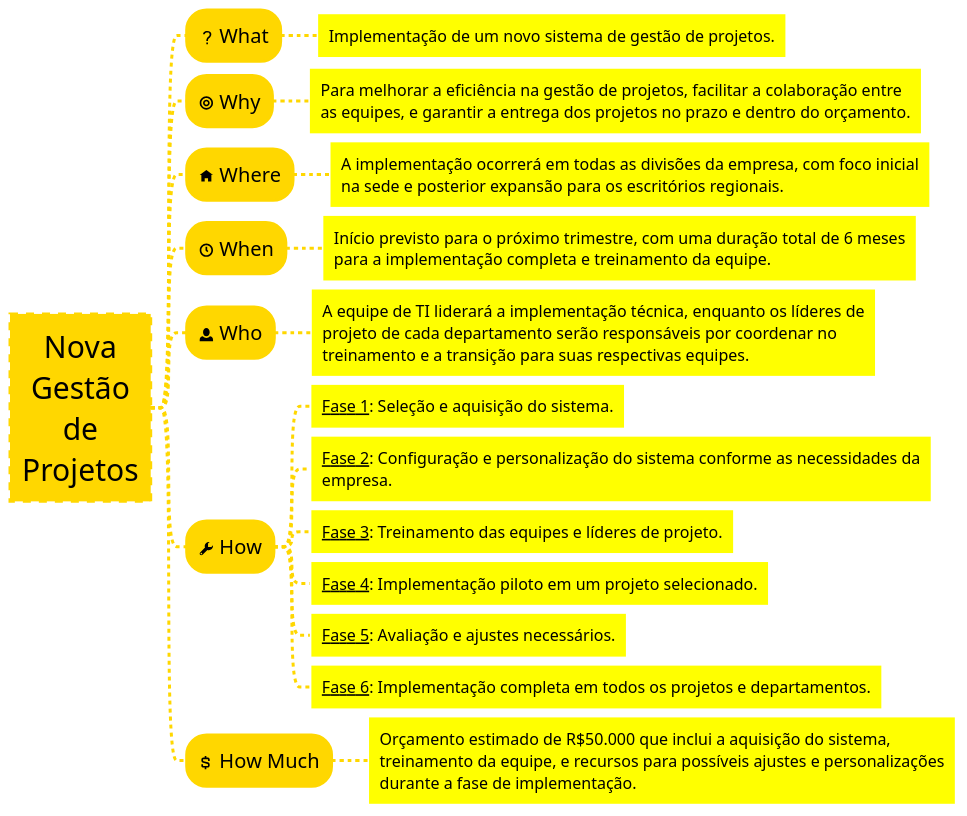
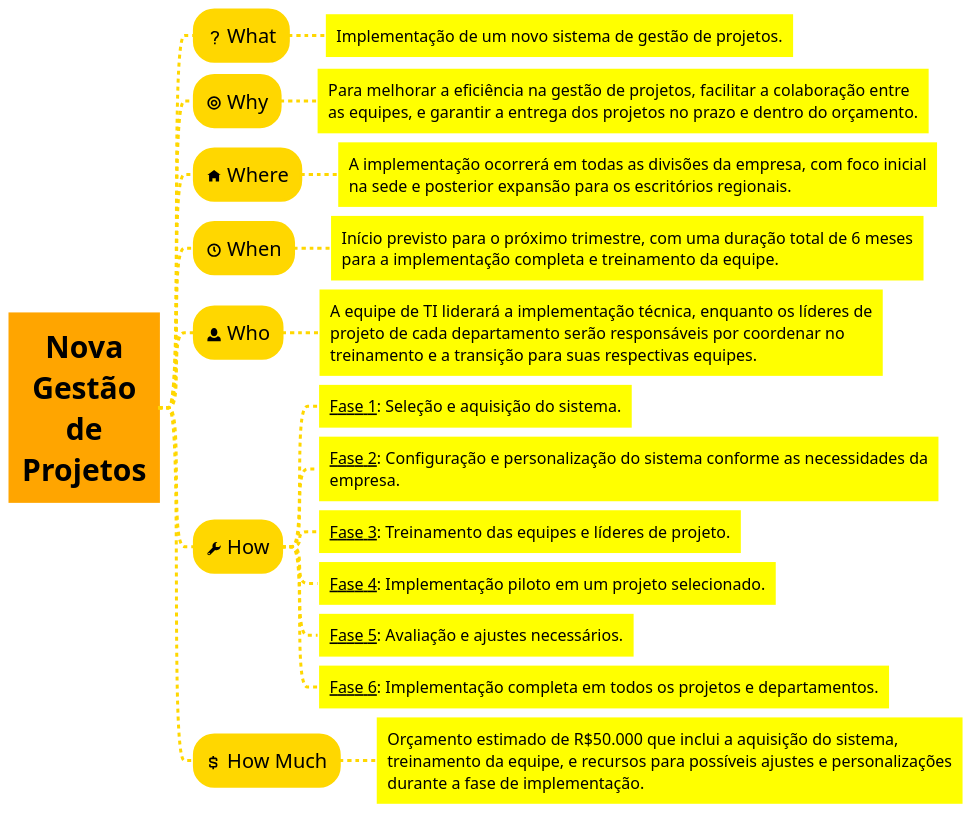
One commit to GiovaniPM/MyCourses changed the fifth of 7 diagrams in Kanban/Cards.md. Above: the diagram before and after it, drawn with PlantUML. The commit also changed 1 other file, not shown here.

Commit message:
giova(LAPTOP-K5TUGPF) 241108184044

````diff
--- a/Kanban/Cards.md
+++ b/Kanban/Cards.md
@@ -302,63 +302,61 @@
 ```plantuml
 @startmindmap
 <style>
 node {
     BackgroundColor gold
     HorizontalAlignment center
     LineColor gold
     LineThickness 3.0
     Margin 3
     MaximumWidth 600
     Padding 12
     RoundCorner 40
     fontsize 20
 }
 
 rootNode {
-    BackgroundColor gold
-    LineColor gold
-    LineStyle 8.0;3.0
-    LineThickness 1.0
+    BackgroundColor orange
+    LineColor orange
     RoundCorner 0
     Shadowing 0.0
     fontsize 30
 }
 
 leafNode {
     BackgroundColor yellow
     LineColor white
     HorizontalAlignment left
     Padding 12
     RoundCorner 0
     fontsize 16
 }
 
 arrow {
     ;LineStyle 4
     ;LineThickness 0.5
     LineColor gold
     LineThickness 3.0
 }
 </style>
-* Nova\nGestão\nde\nProjetos
+* **Nova**\n**Gestão**\n**de**\n**Projetos**
 ** <&question-mark> What
 *** Implementação de um novo sistema de gestão de projetos.
 ** <&target> Why
 *** Para melhorar a eficiência na gestão de projetos, facilitar a colaboração entre as equipes, e garantir a entrega dos projetos no prazo e dentro do orçamento.
 ** <&home> Where
 *** A implementação ocorrerá em todas as divisões da empresa, com foco inicial na sede e posterior expansão para os escritórios regionais.
 ** <&clock> When
 *** Início previsto para o próximo trimestre, com uma duração total de 6 meses para a implementação completa e treinamento da equipe.
 ** <&person> Who
 *** A equipe de TI liderará a implementação técnica, enquanto os líderes de projeto de cada departamento serão responsáveis por coordenar no treinamento e a transição para suas respectivas equipes.
 ** <&wrench> How
 *** __Fase 1__: Seleção e aquisição do sistema.
 *** __Fase 2__: Configuração e personalização do sistema conforme as necessidades da empresa.
 *** __Fase 3__: Treinamento das equipes e líderes de projeto.
 *** __Fase 4__: Implementação piloto em um projeto selecionado.
 *** __Fase 5__: Avaliação e ajustes necessários.
 *** __Fase 6__: Implementação completa em todos os projetos e departamentos.
 ** <&dollar> How Much
 *** Orçamento estimado de R$50.000 que inclui a aquisição do sistema, treinamento da equipe, e recursos para possíveis ajustes e personalizações durante a fase de implementação.
 @endmindmap
 ```
````
